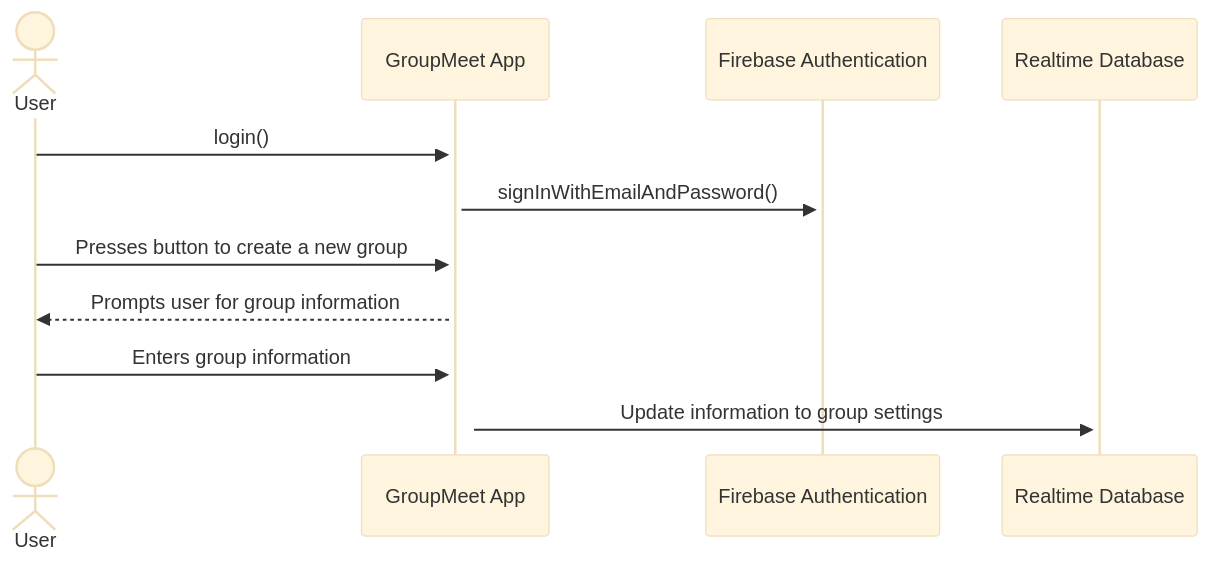
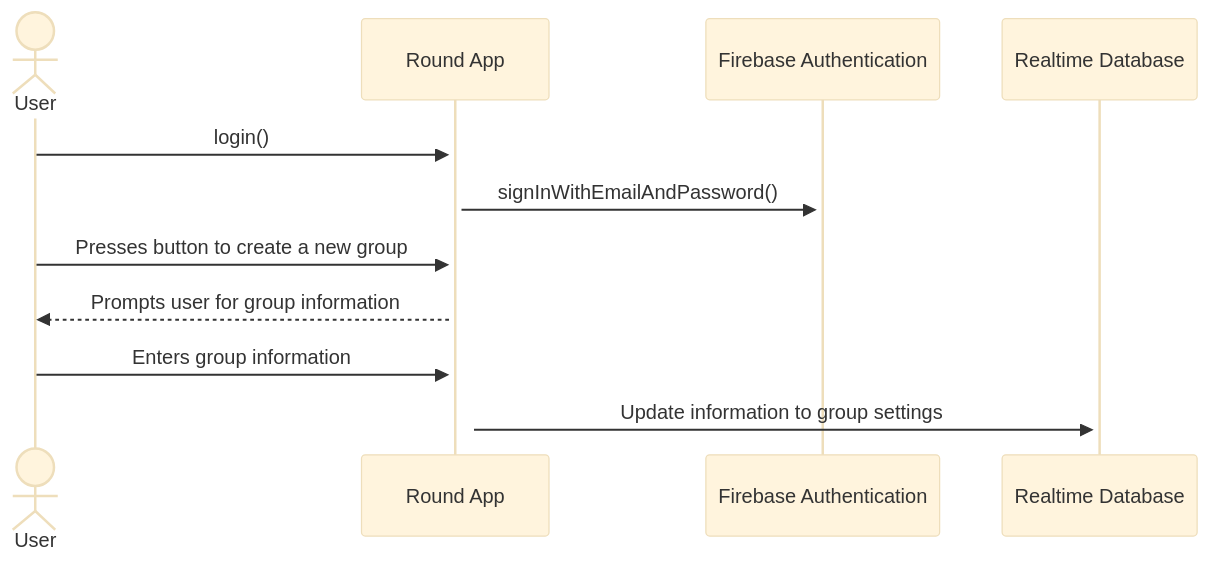
The sixth of 12 diagrams in documentation/docs/system-architecture/design.md (Capstone-Projects-2023-Spring/project-groupmeet), drawn with Mermaid (base theme) before and after one commit. The commit also changed other lines of this file and 12 other files, not shown here.

````diff
--- a/documentation/docs/system-architecture/design.md
+++ b/documentation/docs/system-architecture/design.md
@@ -258,14 +260,14 @@
 ```mermaid
 sequenceDiagram
     actor User
-    participant GroupMeet App
+    participant Round App
     participant Firebase Authentication
     participant Realtime Database
 
-    User->>+ GroupMeet App: login()
-    GroupMeet App->>+Firebase Authentication: signInWithEmailAndPassword()
-    User->>+GroupMeet App: Presses button to create a new group
-    GroupMeet App -->> User: Prompts user for group information
-    User->>+GroupMeet App: Enters group information
-    GroupMeet App->>+Realtime Database : Update information to group settings
+    User->>+ Round App: login()
+    Round App->>+Firebase Authentication: signInWithEmailAndPassword()
+    User->>+Round App: Presses button to create a new group
+    Round App -->> User: Prompts user for group information
+    User->>+Round App: Enters group information
+    Round App->>+Realtime Database : Update information to group settings
 ```
````
